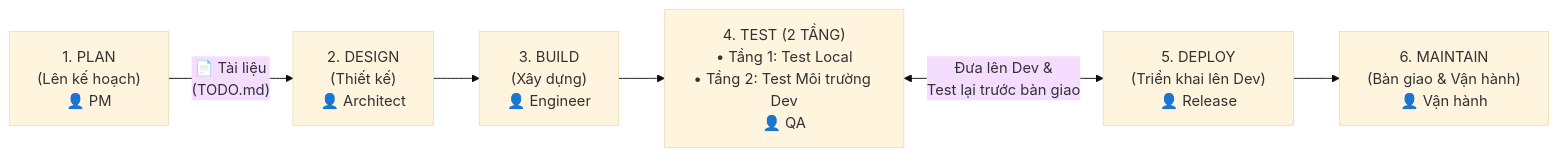
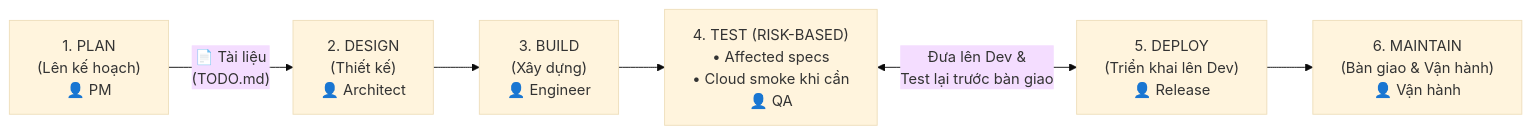
One commit to lyquangthai1993/logistics-website changed the diagram in .agents/skills/todo-agent/SKILL.md. Above: the diagram before and after it, drawn with Mermaid (base theme). The commit also changed other lines of this file and 8 other files, not shown here.

Commit message:
docs(ci): make per-task E2E risk-based

````diff
--- a/.agents/skills/todo-agent/SKILL.md
+++ b/.agents/skills/todo-agent/SKILL.md
@@ -37,8 +37,8 @@
 ```mermaid
 flowchart LR
     S1["1. PLAN<br>(Lên kế hoạch)<br>👤 PM"] -- "📄 Tài liệu<br>(TODO.md)" --> S2["2. DESIGN<br>(Thiết kế)<br>👤 Architect"]
     S2 --> S3["3. BUILD<br>(Xây dựng)<br>👤 Engineer"]
-    S3 --> S4["4. TEST (2 TẦNG)<br>• Tầng 1: Test Local<br>• Tầng 2: Test Môi trường Dev<br>👤 QA"]
+    S3 --> S4["4. TEST (RISK-BASED)<br>• Affected specs<br>• Cloud smoke khi cần<br>👤 QA"]
     S4 <-->|"Đưa lên Dev &<br>Test lại trước bàn giao"| S5["5. DEPLOY<br>(Triển khai lên Dev)<br>👤 Release"]
     S5 --> S6["6. MAINTAIN<br>(Bàn giao & Vận hành)<br>👤 Vận hành"]
 ```
````
